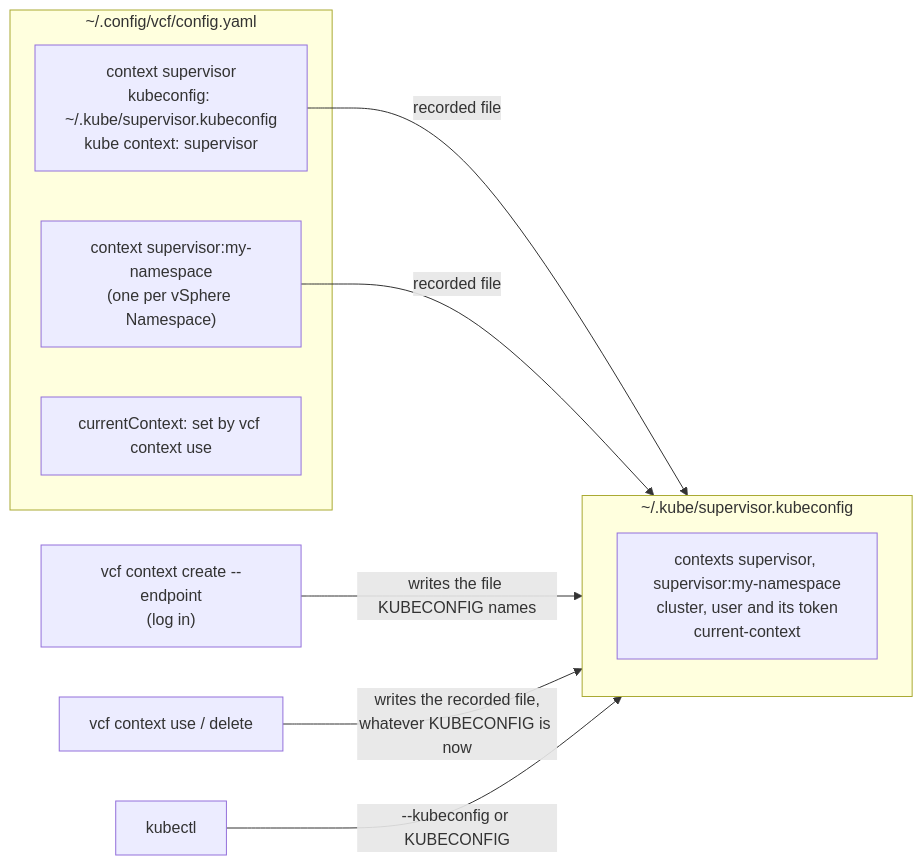
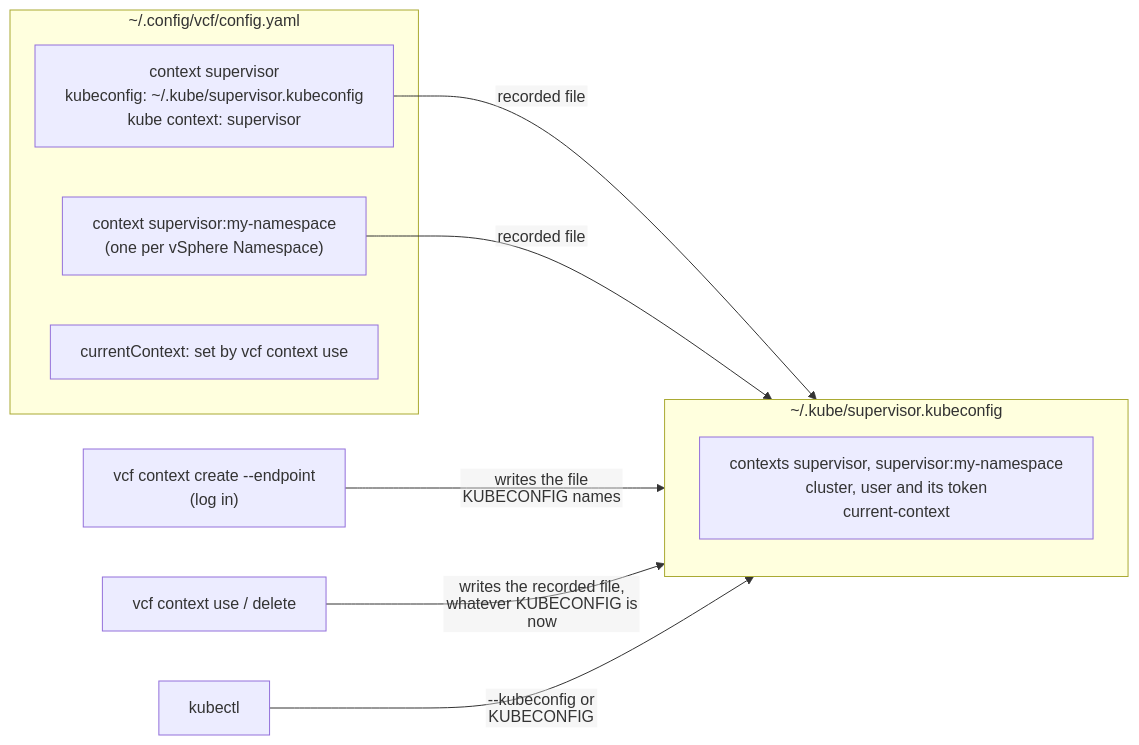
One commit to AndriyKalashnykov/vks-guides changed the diagram in docs/VCF.md. Above: the diagram before and after it, drawn with Mermaid. The commit also changed 1 other file, not shown here.

Commit message:
docs: Mermaid diagrams no longer cut labels off on GitHub (#70)
* docs: VCF.md diagram labels no longer cut off on GitHub (try 1)

* docs: OBSERVABILITY.md diagram uses the same no-clip settings

````diff
--- a/docs/VCF.md
+++ b/docs/VCF.md
@@ -231,16 +231,17 @@
 ```mermaid
+%%{init: {"flowchart": {"htmlLabels": false, "wrappingWidth": 600}}}%%
 flowchart LR
   subgraph CFG["~/.config/vcf/config.yaml"]
     C1["context supervisor<br/>kubeconfig: ~/.kube/supervisor.kubeconfig<br/>kube context: supervisor"]
     C2["context supervisor:my-namespace<br/>(one per vSphere Namespace)"]
     CUR["currentContext: set by vcf context use"]
   end
   subgraph KC["~/.kube/supervisor.kubeconfig"]
     K["contexts supervisor, supervisor:my-namespace<br/>cluster, user and its token<br/>current-context"]
   end
   C1 -- recorded file --> KC
   C2 -- recorded file --> KC
   L["vcf context create --endpoint<br/>(log in)"] -- "writes the file KUBECONFIG names" --> KC
   V["vcf context use / delete"] -- "writes the recorded file,<br/>whatever KUBECONFIG is now" --> KC
   KUBECTL["kubectl"] -- "--kubeconfig or KUBECONFIG" --> KC
 ```
````
